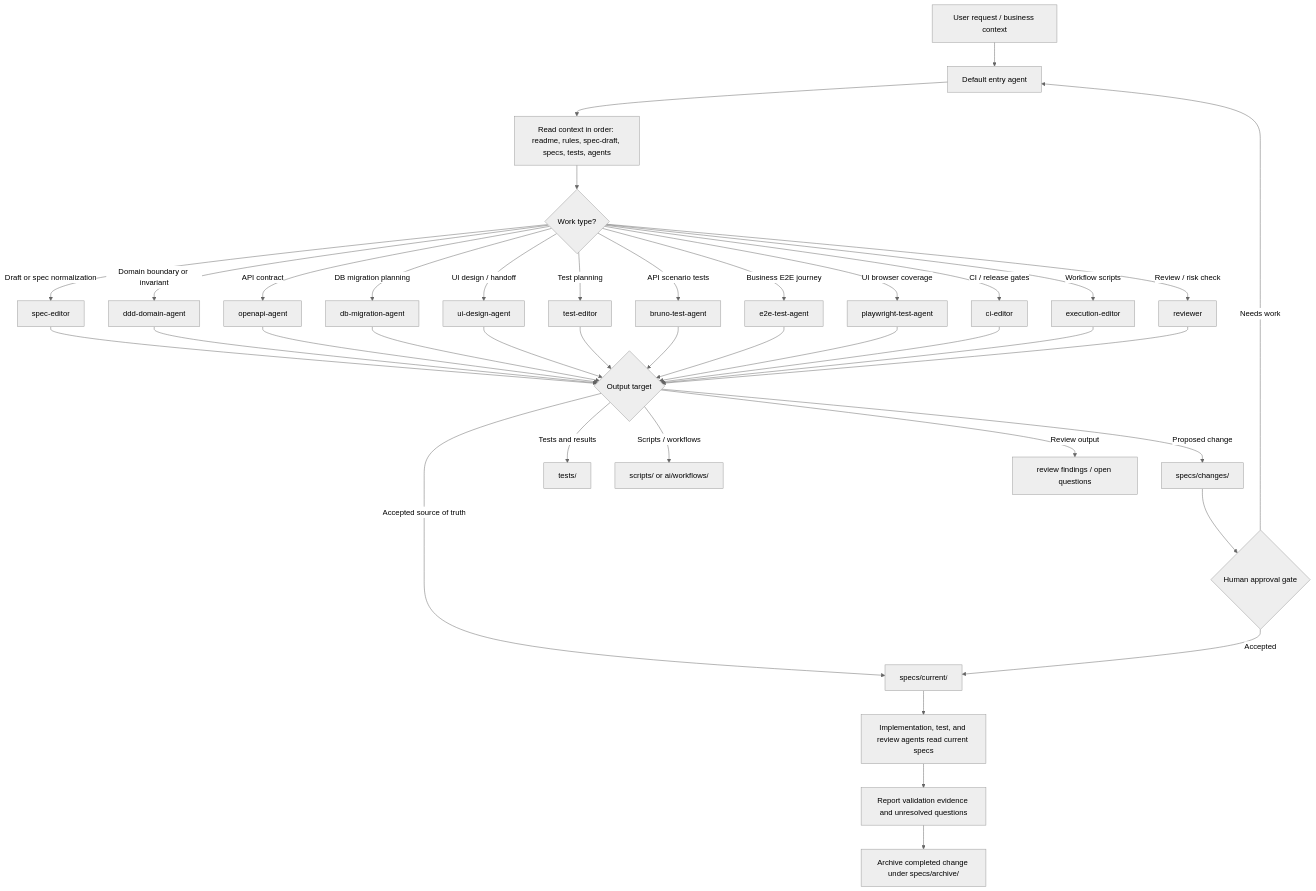
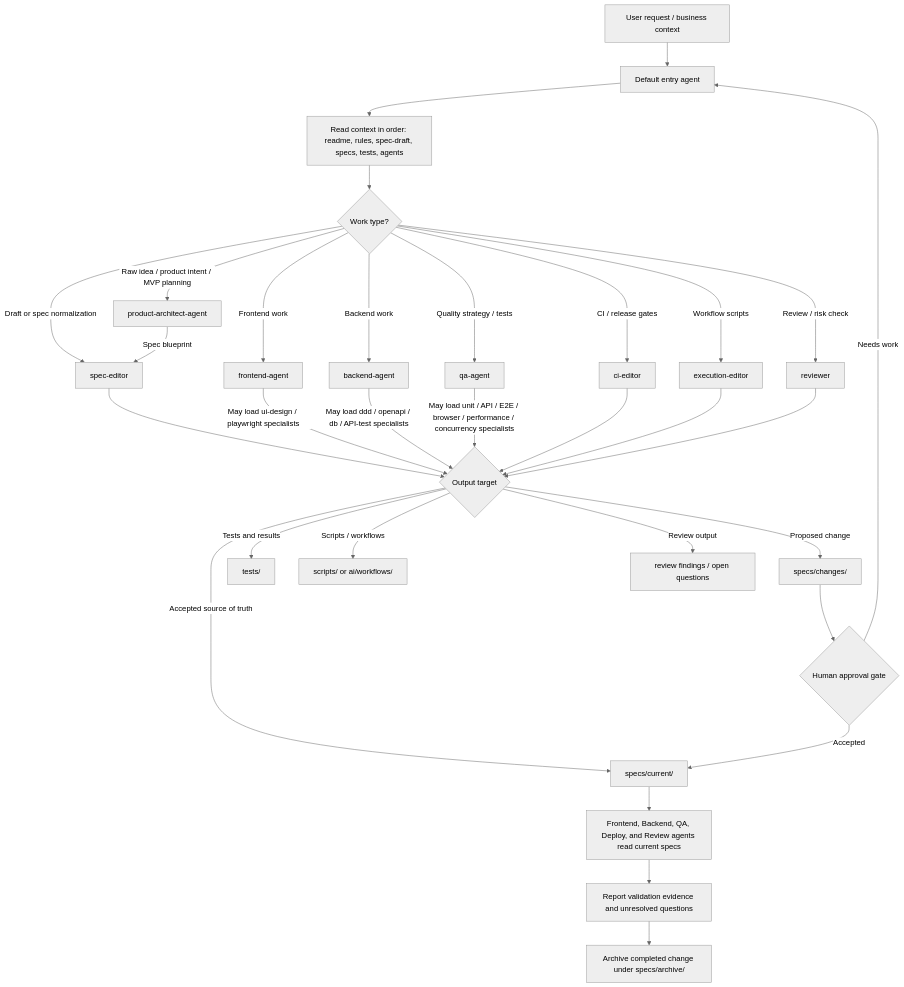
Before and after one commit to liquiid727/SpecOps-Web-Console: the diagram in .agents/README.md, drawn with Mermaid (neutral theme). The commit also changed other lines of this file and 61 other files, not shown here.

Commit message:
Add product architect agent flow

````diff
--- a/.agents/README.md
+++ b/.agents/README.md
@@ -40,45 +39,37 @@
 ```mermaid
 flowchart TD
   A["User request / business context"] --> B["Default entry agent"]
   B --> C["Read context in order: readme, rules, spec-draft, specs, tests, agents"]
   C --> D{"Work type?"}
 
+  D -->|Raw idea / product intent / MVP planning| PA["product-architect-agent"]
   D -->|Draft or spec normalization| E["spec-editor"]
-  D -->|Domain boundary or invariant| F["ddd-domain-agent"]
-  D -->|API contract| G["openapi-agent"]
-  D -->|DB migration planning| H["db-migration-agent"]
-  D -->|UI design / handoff| I["ui-design-agent"]
-  D -->|Test planning| J["test-editor"]
-  D -->|API scenario tests| K["bruno-test-agent"]
-  D -->|Business E2E journey| L["e2e-test-agent"]
-  D -->|UI browser coverage| M["playwright-test-agent"]
+  D -->|Frontend work| FE["frontend-agent"]
+  D -->|Backend work| BE["backend-agent"]
+  D -->|Quality strategy / tests| QA["qa-agent"]
   D -->|CI / release gates| N["ci-editor"]
   D -->|Workflow scripts| O["execution-editor"]
   D -->|Review / risk check| P["reviewer"]
 
+  PA -->|Spec blueprint| E
   E --> Q{"Output target"}
-  F --> Q
-  G --> Q
-  H --> Q
-  I --> Q
-  J --> Q
-  K --> Q
-  L --> Q
-  M --> Q
+  FE -->|May load ui-design / playwright specialists| Q
+  BE -->|May load ddd / openapi / db / API-test specialists| Q
+  QA -->|May load unit / API / E2E / browser / performance / concurrency specialists| Q
   N --> Q
   O --> Q
   P --> Q
 
   Q -->|Proposed change| R["specs/changes/<change-id>"]
   Q -->|Accepted source of truth| S["specs/current/"]
   Q -->|Tests and results| T["tests/"]
   Q -->|Scripts / workflows| U["scripts/ or ai/workflows/"]
   Q -->|Review output| V["review findings / open questions"]
 
   R --> W{"Human approval gate"}
   W -->|Accepted| S
   W -->|Needs work| B
-  S --> X["Implementation, test, and review agents read current specs"]
+  S --> X["Frontend, Backend, QA, Deploy, and Review agents read current specs"]
   X --> Y["Report validation evidence and unresolved questions"]
   Y --> Z["Archive completed change under specs/archive/"]
 ```
````
